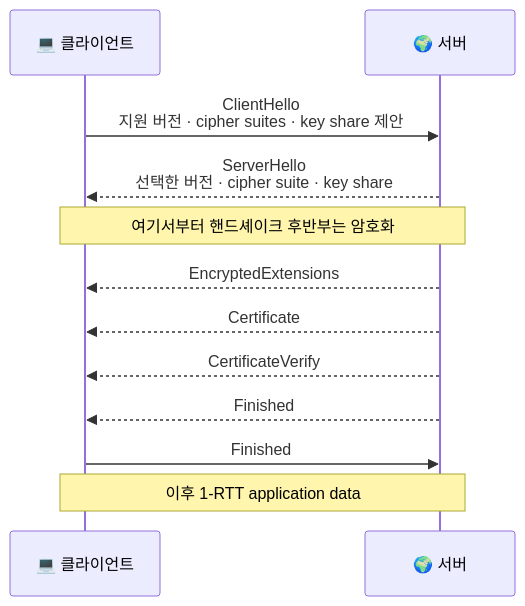
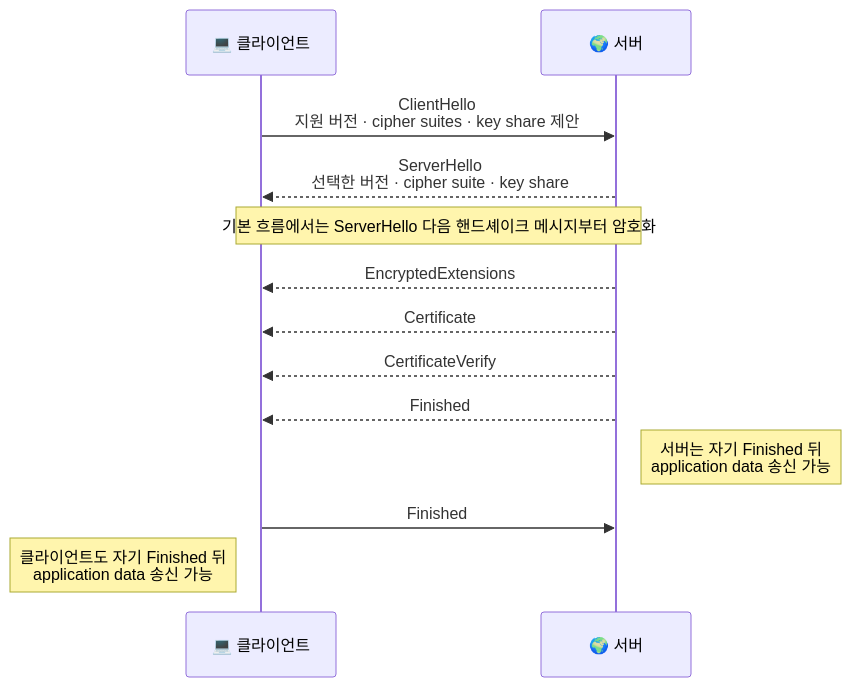
The first of 4 diagrams in docs/network/deep-dive/tls13-handshake-anatomy.md (kmj8843/blog), drawn with Mermaid before and after one commit. The commit also changed other lines of this file and 30 other files, not shown here.

````diff
--- a/docs/network/deep-dive/tls13-handshake-anatomy.md
+++ b/docs/network/deep-dive/tls13-handshake-anatomy.md
@@ -69,15 +69,16 @@
 ```mermaid
 sequenceDiagram
     participant 클라이언트 as 💻 클라이언트
     participant 서버 as 🌍 서버
 
     클라이언트->>서버: ClientHello<br/>지원 버전 · cipher suites · key share 제안
     서버-->>클라이언트: ServerHello<br/>선택한 버전 · cipher suite · key share
-    Note over 클라이언트,서버: 여기서부터 핸드셰이크 후반부는 암호화
+    Note over 클라이언트,서버: 기본 흐름에서는 ServerHello 다음 핸드셰이크 메시지부터 암호화
     서버-->>클라이언트: EncryptedExtensions
     서버-->>클라이언트: Certificate
     서버-->>클라이언트: CertificateVerify
     서버-->>클라이언트: Finished
+    Note right of 서버: 서버는 자기 Finished 뒤<br/>application data 송신 가능
     클라이언트->>서버: Finished
-    Note over 클라이언트,서버: 이후 1-RTT application data
+    Note left of 클라이언트: 클라이언트도 자기 Finished 뒤<br/>application data 송신 가능
 ```
````
